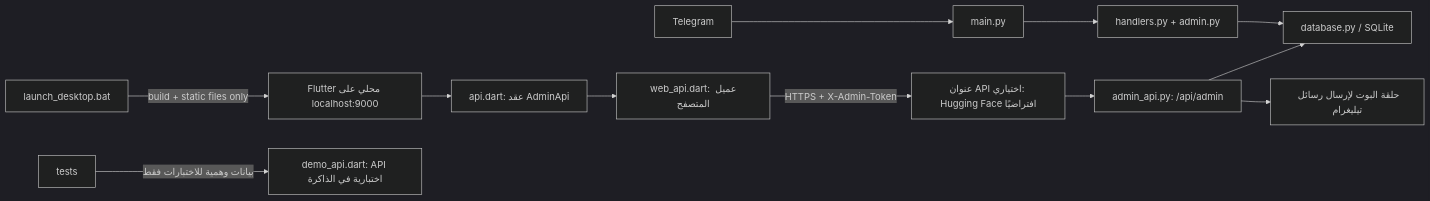
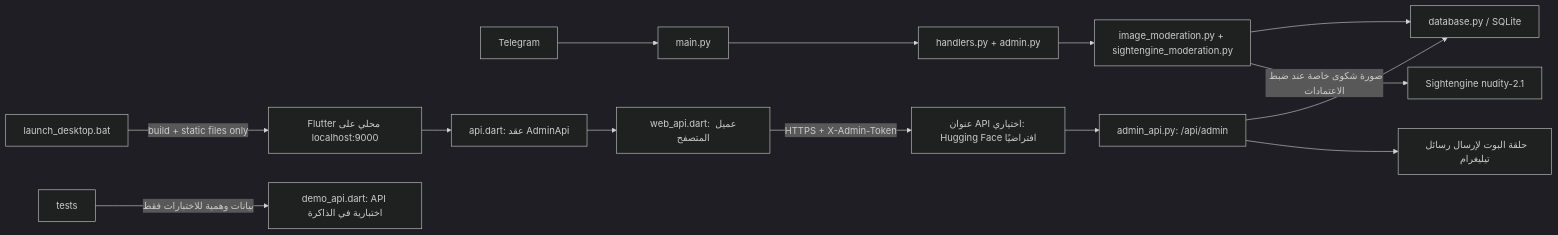
One commit to ABU-AZZAM-COM/mrw-bot changed the diagram in PROJECT_MAP.md. Above: the diagram before and after it, drawn with Mermaid (dark theme). The commit also changed other lines of this file and 33 other files, not shown here.

````diff
--- a/PROJECT_MAP.md
+++ b/PROJECT_MAP.md
@@ -11,14 +11,16 @@
 ```mermaid
 flowchart LR
   Telegram --> main[main.py]
   main --> handlers[handlers.py + admin.py]
-  handlers --> db[database.py / SQLite]
+  handlers --> screening[image_moderation.py + sightengine_moderation.py]
+  screening --> db[database.py / SQLite]
+  screening -->|صورة شكوى خاصة عند ضبط الاعتمادات| sightengine[Sightengine nudity-2.1]
   dashboard[Flutter محلي على localhost:9000] --> contract[api.dart: عقد AdminApi]
   contract --> web[web_api.dart: عميل المتصفح]
   web -->|HTTPS + X-Admin-Token| remote[عنوان API اختياري: Hugging Face افتراضيًا]
   remote --> api[admin_api.py: /api/admin]
   api --> db
   api --> botloop[حلقة البوت لإرسال رسائل تيليغرام]
   tests -->|بيانات وهمية للاختبارات فقط| demo[demo_api.dart: API اختبارية في الذاكرة]
   launcher[launch_desktop.bat] -->|build + static files only| dashboard
 ```
````
